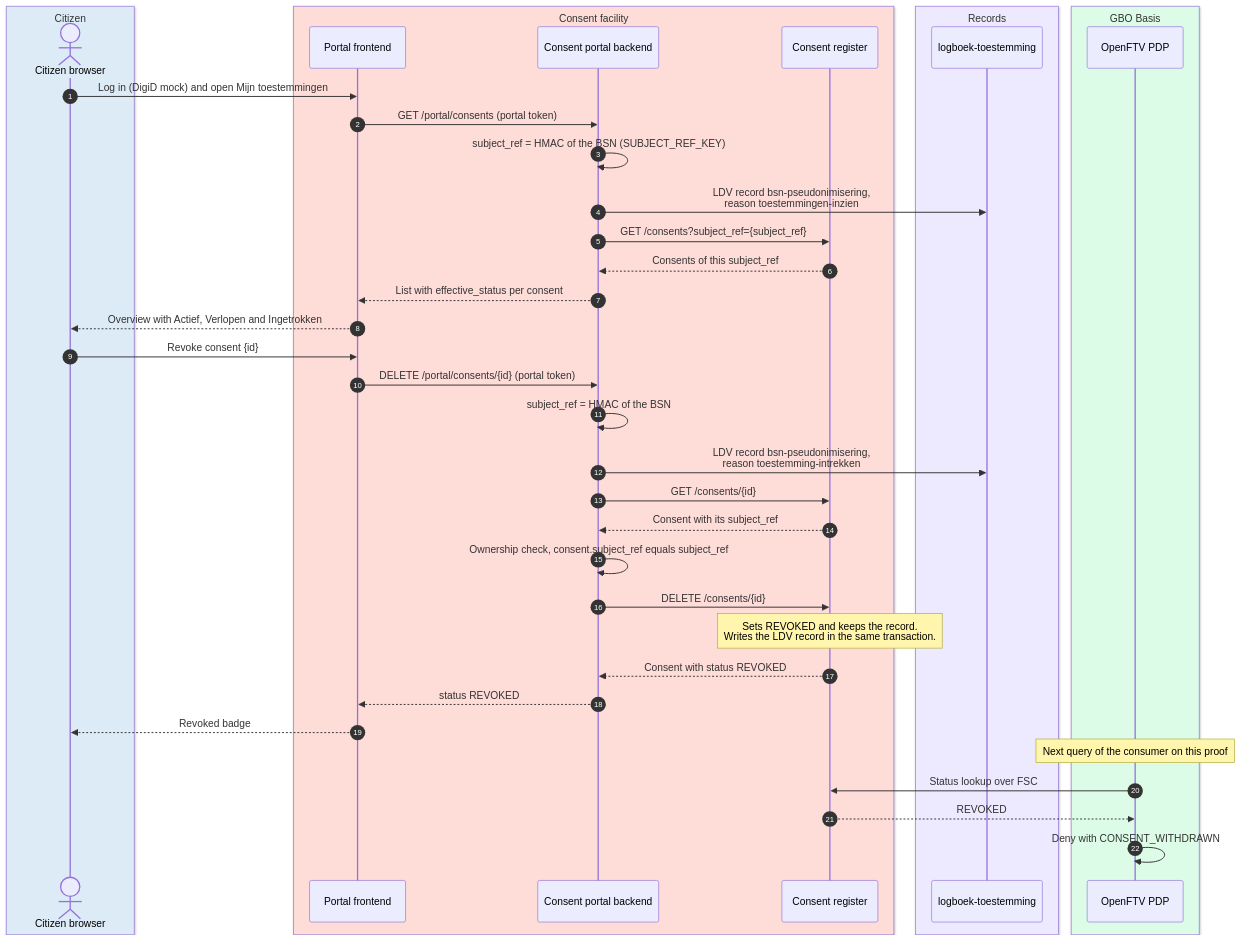
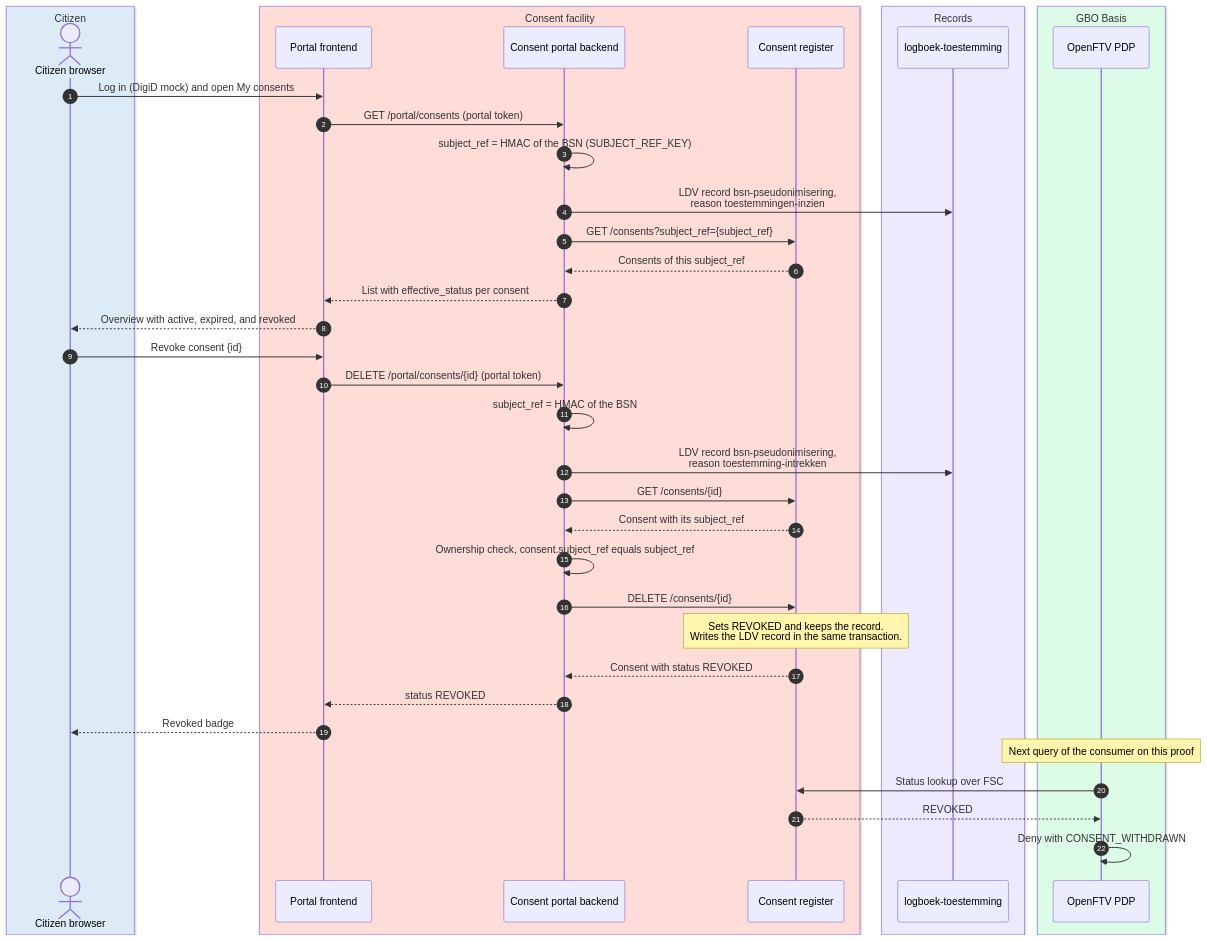
Before and after one commit to ICTU/GBO-TO: the diagram in docs/runtime/dvtp-citizen-access.md, drawn with Mermaid. The commit also changed other lines of this file and 74 other files, not shown here.

````diff
--- a/docs/runtime/dvtp-citizen-access.md
+++ b/docs/runtime/dvtp-citizen-access.md
@@ -17,43 +18,43 @@
 ```mermaid
 sequenceDiagram
     autonumber
     box rgb(221,235,247) Citizen
       actor B as Citizen browser
     end
     box rgb(254,220,216) Consent facility
       participant PF as Portal frontend
       participant PB as Consent portal backend
       participant CR as Consent register
     end
     box rgb(237,233,254) Records
       participant LB as logboek-toestemming
     end
     box rgb(220,252,231) GBO Basis
       participant PDP as OpenFTV PDP
     end
 
-    B->>PF: Log in (DigiD mock) and open Mijn toestemmingen
+    B->>PF: Log in (DigiD mock) and open My consents
     PF->>PB: GET /portal/consents (portal token)
     PB->>PB: subject_ref = HMAC of the BSN (SUBJECT_REF_KEY)
     PB->>LB: LDV record bsn-pseudonimisering,<br/>reason toestemmingen-inzien
     PB->>CR: GET /consents?subject_ref={subject_ref}
     CR-->>PB: Consents of this subject_ref
     PB-->>PF: List with effective_status per consent
-    PF-->>B: Overview with Actief, Verlopen and Ingetrokken
+    PF-->>B: Overview with active, expired, and revoked
     B->>PF: Revoke consent {id}
     PF->>PB: DELETE /portal/consents/{id} (portal token)
     PB->>PB: subject_ref = HMAC of the BSN
     PB->>LB: LDV record bsn-pseudonimisering,<br/>reason toestemming-intrekken
     PB->>CR: GET /consents/{id}
     CR-->>PB: Consent with its subject_ref
     PB->>PB: Ownership check, consent.subject_ref equals subject_ref
     PB->>CR: DELETE /consents/{id}
     Note over CR: Sets REVOKED and keeps the record.<br/>Writes the LDV record in the same transaction.
     CR-->>PB: Consent with status REVOKED
     PB-->>PF: status REVOKED
     PF-->>B: Revoked badge
     Note over PDP: Next query of the consumer on this proof
     PDP->>CR: Status lookup over FSC
     CR-->>PDP: REVOKED
     PDP->>PDP: Deny with CONSENT_WITHDRAWN
 ```
````
